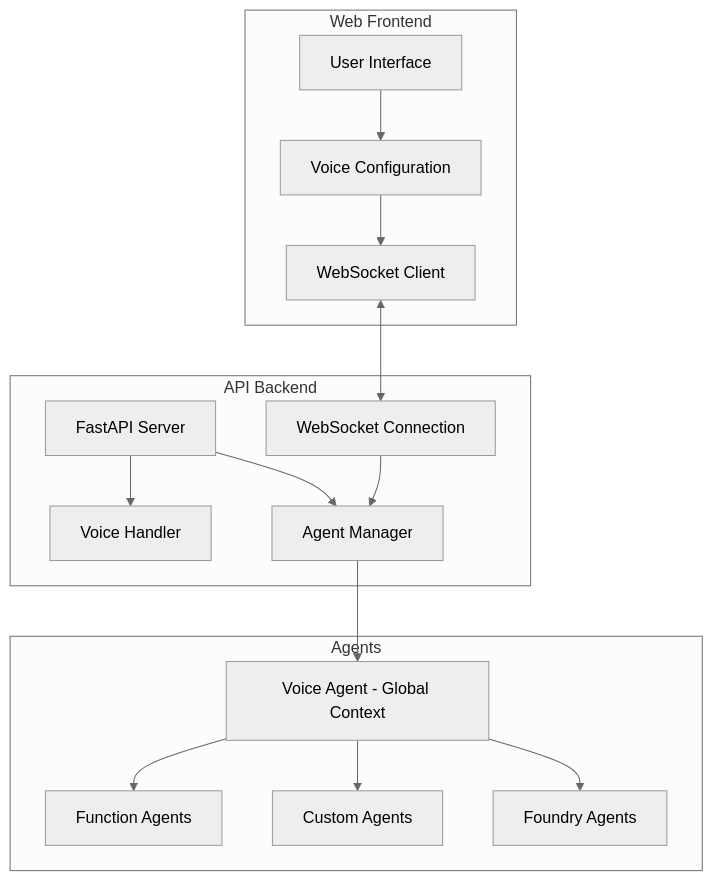
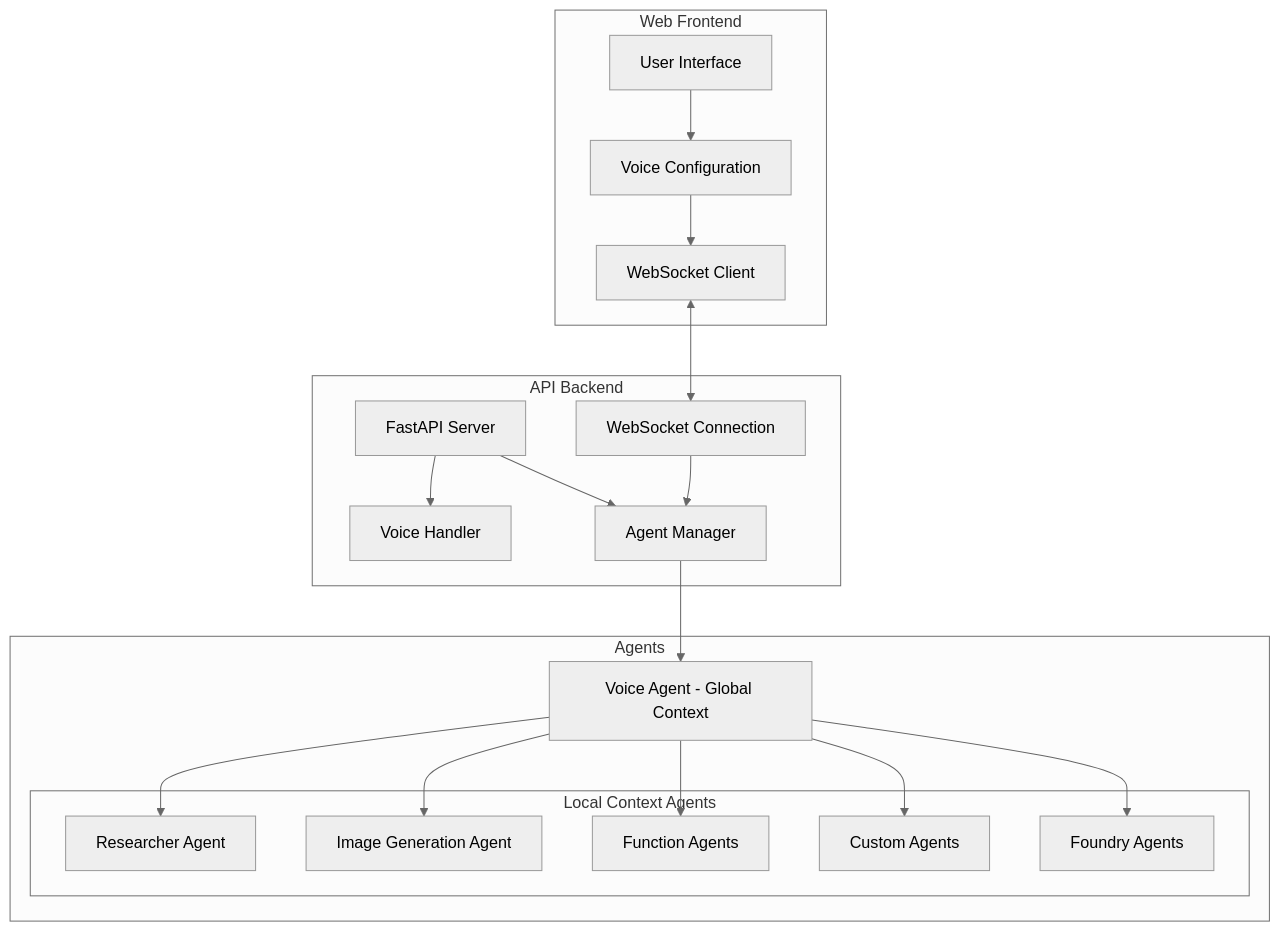
Before and after one commit to sethjuarez/sustineo: the diagram in README.md, drawn with Mermaid (neutral theme). The commit also changed other lines of this file, not shown here.

Commit message:
Enhance README with agent capabilities and improved architecture diagram

````diff
--- a/README.md
+++ b/README.md
@@ -24,33 +35,39 @@
 ```mermaid
 graph TD
     subgraph "Web Frontend"
         UI[User Interface]
         VC[Voice Configuration]
         WS[WebSocket Client]
     end
 
     subgraph "API Backend"
         API[FastAPI Server]
         VH[Voice Handler]
         AM[Agent Manager]
         WC[WebSocket Connection]
     end
 
     subgraph "Agents"
         VA[Voice Agent - Global Context]
-        FA[Function Agents]
-        CA[Custom Agents]
-        FDA[Foundry Agents]
+        subgraph "Local Context Agents"
+            RA[Researcher Agent]
+            IGA[Image Generation Agent]
+            FA[Function Agents]
+            CA[Custom Agents]
+            FDA[Foundry Agents]
+        end
     end
 
     UI --> VC
     VC --> WS
     WS <--> WC
     API --> VH
     API --> AM
     AM --> VA
+    VA --> RA
+    VA --> IGA
     VA --> FA
     VA --> CA
     VA --> FDA
     WC --> AM
 ```
````
